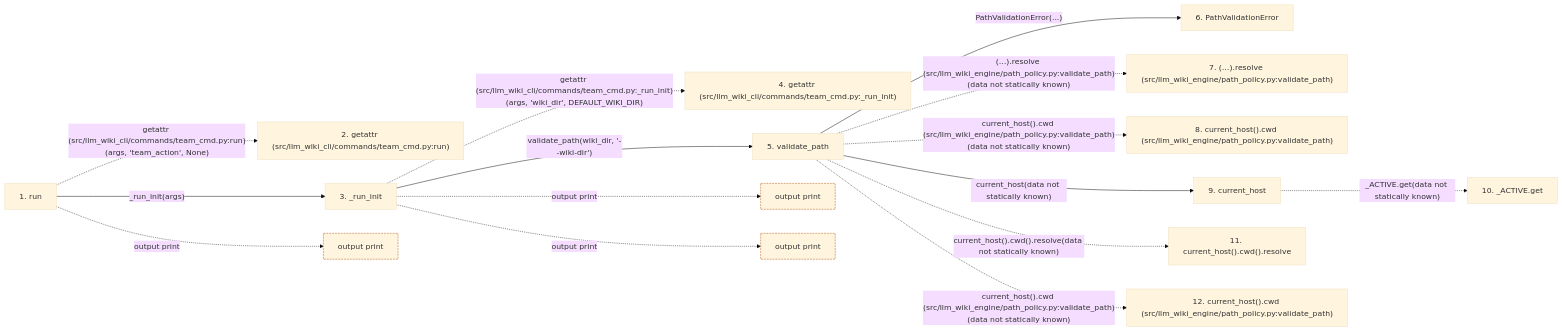
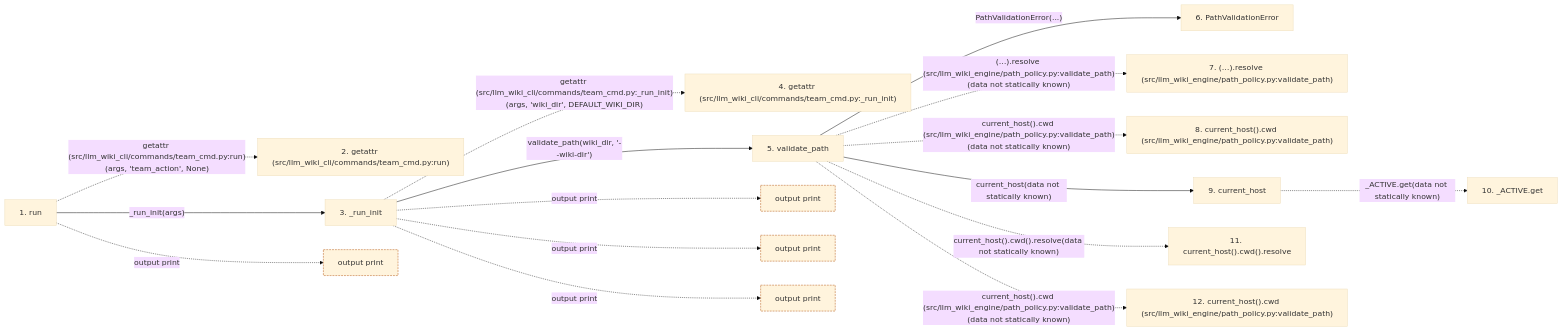
Before and after one commit to Denissvgn/python-wiki-llm: the second of 2 diagrams in docs/llm_wiki/flows/cli-team.md, drawn with Mermaid (base theme). The commit also changed other lines of this file and 725 other files, not shown here.

````diff
--- a/docs/llm_wiki/flows/cli-team.md
+++ b/docs/llm_wiki/flows/cli-team.md
@@ -183,41 +183,44 @@
 ```mermaid
 flowchart LR
     s1["1. run"]
     s2["2. getattr (src/llm_wiki_cli/commands/team_cmd.py:run)"]
     s3["3. _run_init"]
     s4["4. getattr (src/llm_wiki_cli/commands/team_cmd.py:_run_init)"]
     s5["5. validate_path"]
     s6["6. PathValidationError"]
     s7["7. (…).resolve (src/llm_wiki_engine/path_policy.py:validate_path)"]
     s8["8. current_host().cwd (src/llm_wiki_engine/path_policy.py:validate_path)"]
     s9["9. current_host"]
     s10["10. _ACTIVE.get"]
     s11["11. current_host().cwd().resolve"]
     s12["12. current_host().cwd (src/llm_wiki_engine/path_policy.py:validate_path)"]
     s1 -. "getattr (src/llm_wiki_cli/commands/team_cmd.py:run)(args, 'team_action', None)" .-> s2
     s1 -->|"_run_init(args)"| s3
     s3 -. "getattr (src/llm_wiki_cli/commands/team_cmd.py:_run_init)(args, 'wiki_dir', DEFAULT_WIKI_DIR)" .-> s4
     s3 -->|"validate_path(wiki_dir, '--wiki-dir')"| s5
     s5 -->|"PathValidationError(...)"| s6
     s5 -. "(…).resolve (src/llm_wiki_engine/path_policy.py:validate_path)(data not statically known)" .-> s7
     s5 -. "current_host().cwd (src/llm_wiki_engine/path_policy.py:validate_path)(data not statically known)" .-> s8
     s5 -->|"current_host(data not statically known)"| s9
     s9 -. "_ACTIVE.get(data not statically known)" .-> s10
     s5 -. "current_host().cwd().resolve(data not statically known)" .-> s11
     s5 -. "current_host().cwd (src/llm_wiki_engine/path_policy.py:validate_path)(data not statically known)" .-> s12
     b0["output print"]
     s1 -. "output print" .-> b0
     b1["output print"]
     s3 -. "output print" .-> b1
     b2["output print"]
     s3 -. "output print" .-> b2
+    b3["output print"]
+    s3 -. "output print" .-> b3
     click s1 "../modules/team_cmd.md"
     click s3 "../modules/team_cmd.md"
     click s5 "../modules/path_policy.md"
     click s6 "../modules/path_policy.md"
     click s9 "../modules/host.md"
     classDef boundary stroke:#b45309,stroke-dasharray: 4 2
     class b0 boundary
     class b1 boundary
     class b2 boundary
+    class b3 boundary
 ```
````
